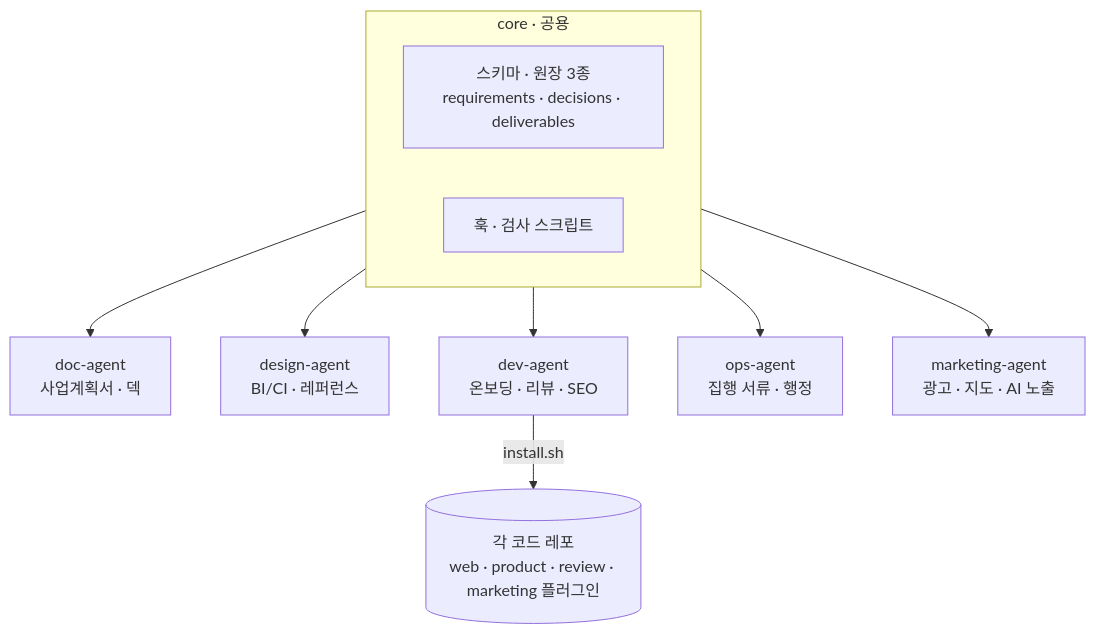
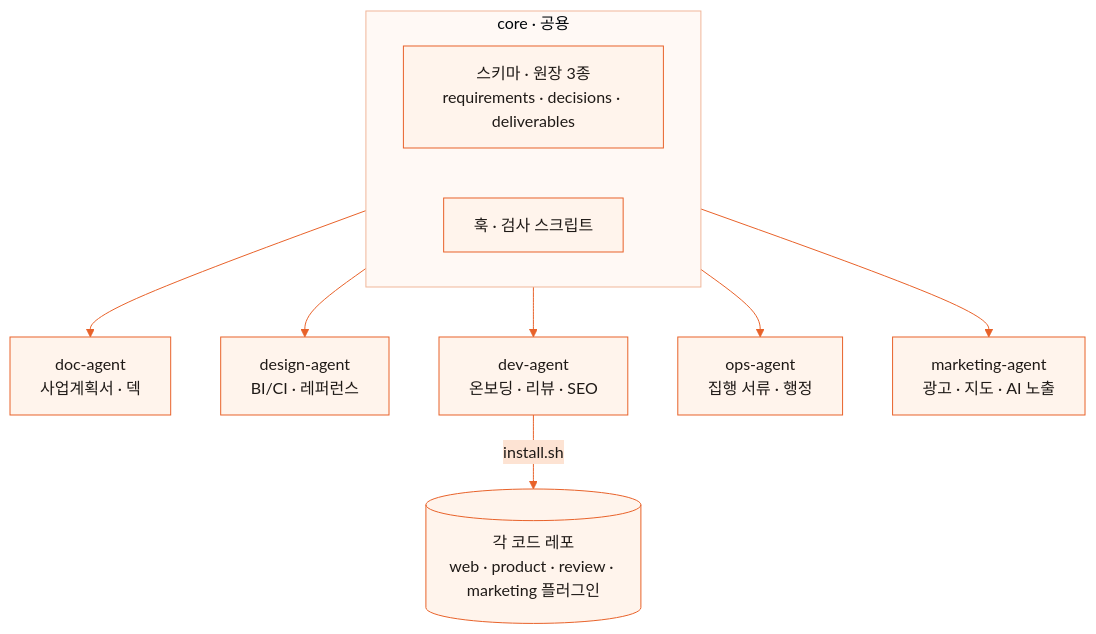
Before and after one commit to TreeJin99/agent-harness: the diagram in README.md, drawn with Mermaid. The commit also changed other lines of this file and 1 other file, not shown here.

Commit message:
포트폴리오 톤 배너·뱃지·다이어그램 색 적용

````diff
--- a/README.md
+++ b/README.md
@@ -17,13 +23,14 @@
 ```mermaid
+%%{init: {'theme':'base','themeVariables':{'primaryColor':'#FFF4EC','primaryBorderColor':'#E8622A','primaryTextColor':'#1F1A17','lineColor':'#E8622A','secondaryColor':'#FDE3D3','tertiaryColor':'#FFF9F5','clusterBkg':'#FFF9F5','clusterBorder':'#F0B79A','fontFamily':'Pretendard, sans-serif'}}}%%
 flowchart TB
   subgraph core[core · 공용]
     S[스키마 · 원장 3종<br/>requirements · decisions · deliverables]
     H[훅 · 검사 스크립트]
   end
   core --> DOC[doc-agent<br/>사업계획서 · 덱]
   core --> DES[design-agent<br/>BI/CI · 레퍼런스]
   core --> DEV[dev-agent<br/>온보딩 · 리뷰 · SEO]
   core --> OPS[ops-agent<br/>집행 서류 · 행정]
   core --> MKT[marketing-agent<br/>광고 · 지도 · AI 노출]
   DEV -->|install.sh| R[(각 코드 레포<br/>web · product · review · marketing 플러그인)]
 ```
````
